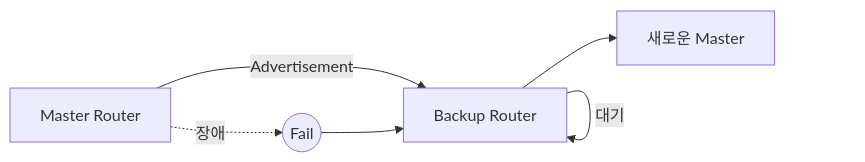
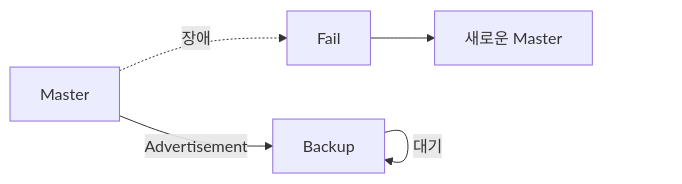
Before and after one commit to Neochul2/Network: the diagram in VRRP/04_Priority_Advertisement.md, drawn with Mermaid. The commit also changed other lines of this file and 13 other files, not shown here.

````diff
--- a/VRRP/04_Priority_Advertisement.md
+++ b/VRRP/04_Priority_Advertisement.md
@@ -286,17 +228,13 @@
 ```mermaid
 flowchart LR
 
-A[Master Router]
+Master -->|Advertisement| Backup
 
-B[Backup Router]
+Backup -->|대기| Backup
 
-A -->|Advertisement| B
+Master -. 장애 .-> Fail
 
-B -->|대기| B
+Fail --> NewMaster
 
-A -. 장애 .-> X((Fail))
-
-X --> B
-
-B --> M[새로운 Master]
+NewMaster[새로운 Master]
 ```
````
